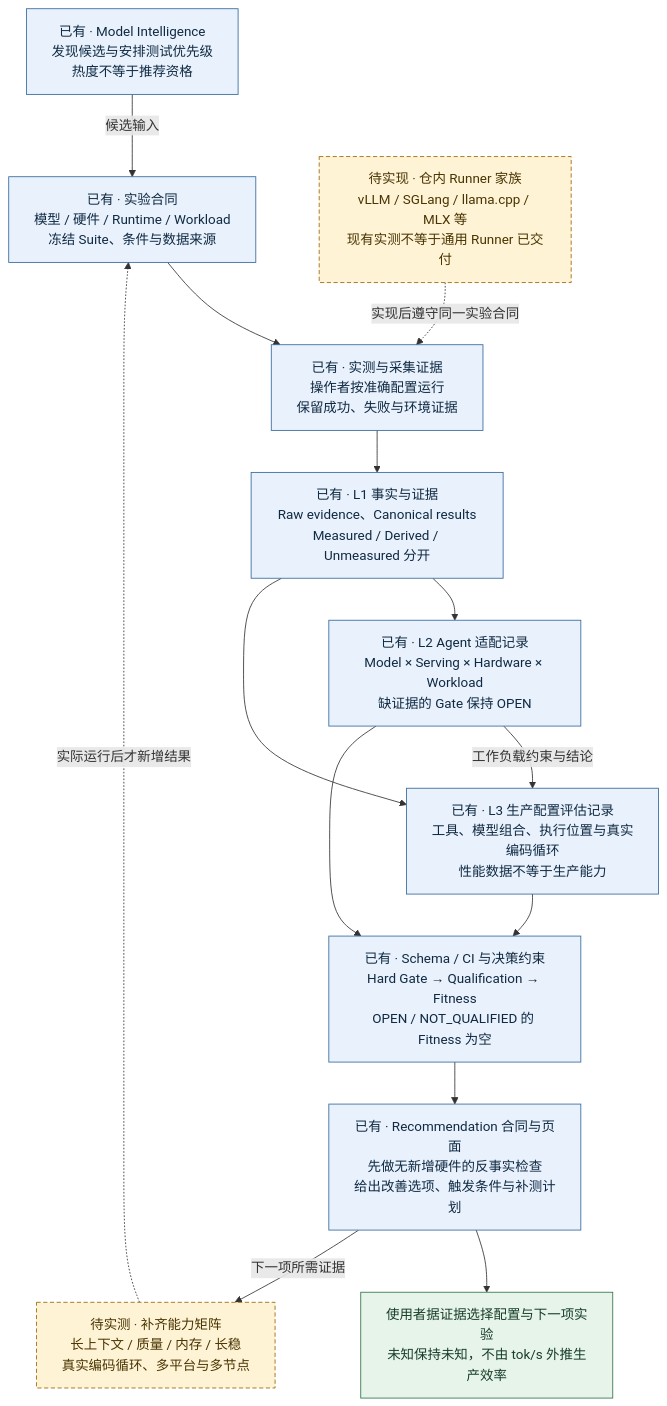
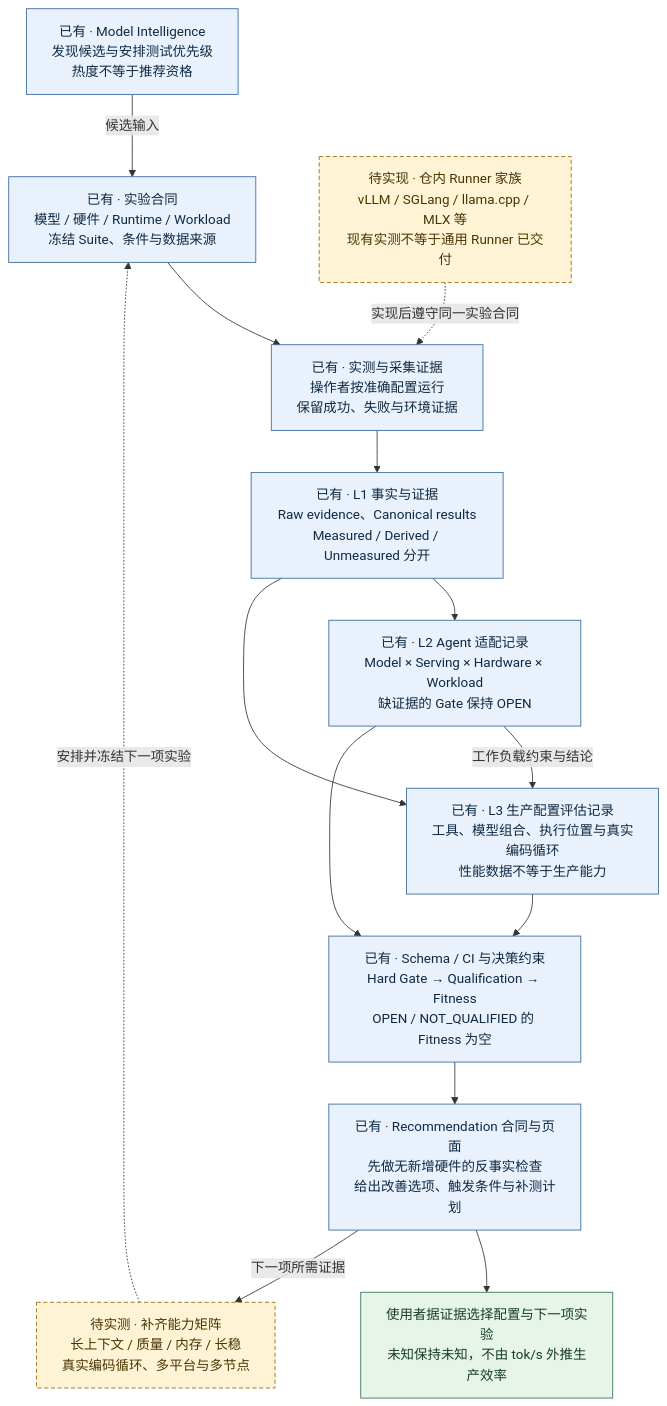
One commit to kongbu0621/local-llm-cross-platform-benchmark changed the diagram in README.md. Above: the diagram before and after it, drawn with Mermaid.

Commit message:
docs: clarify experiment-contract ordering in the feedback loop

````diff
--- a/README.md
+++ b/README.md
@@ -62,35 +62,35 @@
 ```mermaid
 %%{init: {"flowchart": {"wrappingWidth": 240}}}%%
 flowchart TD
     M["已有 · Model Intelligence<br/>发现候选与安排测试优先级<br/>热度不等于推荐资格"]
     C["已有 · 实验合同<br/>模型 / 硬件 / Runtime / Workload<br/>冻结 Suite、条件与数据来源"]
     R["已有 · 实测与采集证据<br/>操作者按准确配置运行<br/>保留成功、失败与环境证据"]
     X["待实现 · 仓内 Runner 家族<br/>vLLM / SGLang / llama.cpp / MLX 等<br/>现有实测不等于通用 Runner 已交付"]
     F["已有 · L1 事实与证据<br/>Raw evidence、Canonical results<br/>Measured / Derived / Unmeasured 分开"]
     A["已有 · L2 Agent 适配记录<br/>Model × Serving × Hardware × Workload<br/>缺证据的 Gate 保持 OPEN"]
     P["已有 · L3 生产配置评估记录<br/>工具、模型组合、执行位置与真实编码循环<br/>性能数据不等于生产能力"]
     G["已有 · Schema / CI 与决策约束<br/>Hard Gate → Qualification → Fitness<br/>OPEN / NOT_QUALIFIED 的 Fitness 为空"]
     N["已有 · Recommendation 合同与页面<br/>先做无新增硬件的反事实检查<br/>给出改善选项、触发条件与补测计划"]
     T["待实测 · 补齐能力矩阵<br/>长上下文 / 质量 / 内存 / 长稳<br/>真实编码循环、多平台与多节点"]
     U["使用者据证据选择配置与下一项实验<br/>未知保持未知，不由 tok/s 外推生产效率"]
     M -->|"候选输入"| C
     C --> R
     X -.->|"实现后遵守同一实验合同"| R
     R --> F
     F --> A
     F --> P
     A -->|"工作负载约束与结论"| P
     A --> G
     P --> G
     G --> N
     N --> U
     N -->|"下一项所需证据"| T
-    T -.->|"实际运行后才新增结果"| C
+    T -.->|"安排并冻结下一项实验"| C
     class M,C,R,F,A,P,G,N built
     class X,T pending
     class U outcome
     classDef built fill:#e8f1fc,stroke:#35689c,color:#102a43
     classDef pending fill:#fff3d6,stroke:#9a6700,color:#493500,stroke-dasharray:5 3
     classDef external fill:#f1f3f5,stroke:#6b7280,color:#202938
     classDef outcome fill:#e6f4ea,stroke:#33734a,color:#173d26
 ```
````
